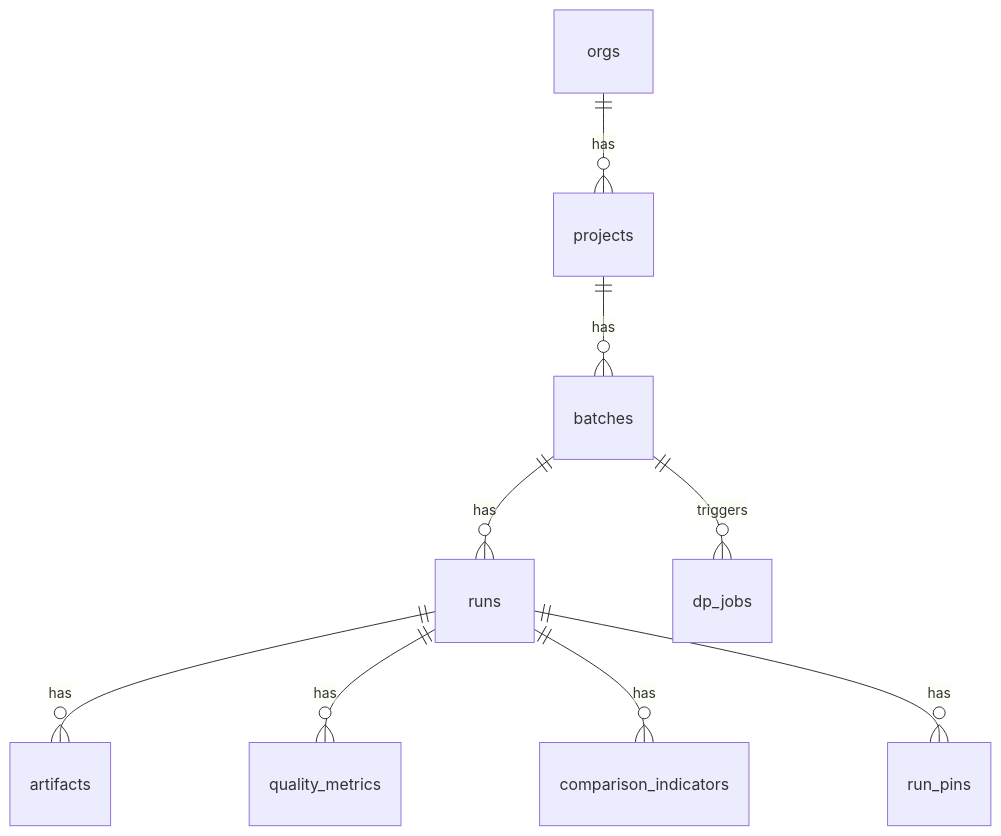
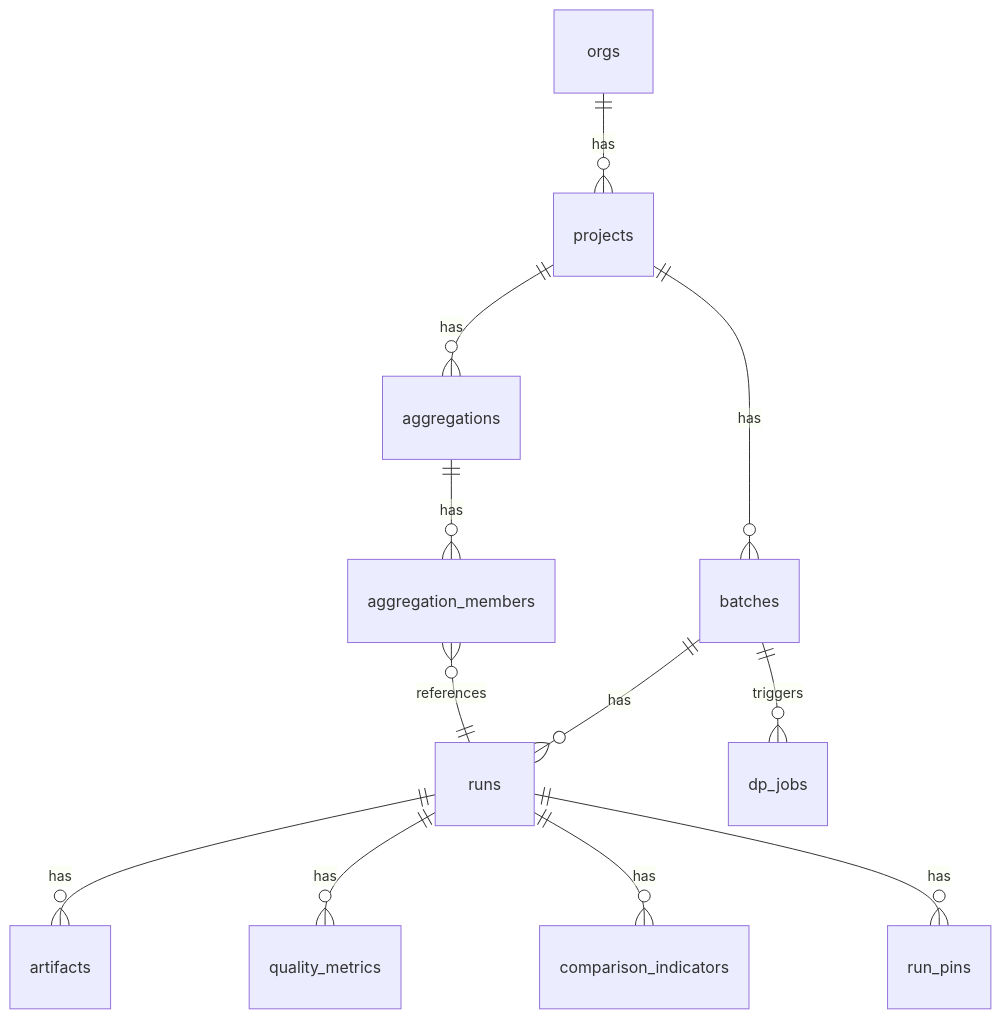
One commit to elda27/axion changed the diagram in docs/architectures/30_db_schema.md. Above: the diagram before and after it, drawn with Mermaid. The commit also changed other lines of this file and 336 other files, not shown here.

````diff
--- a/docs/architectures/30_db_schema.md
+++ b/docs/architectures/30_db_schema.md
@@ -160,11 +195,14 @@
 ```mermaid
 erDiagram
     orgs ||--o{ projects : has
     projects ||--o{ batches : has
+    projects ||--o{ aggregations : has
+    aggregations ||--o{ aggregation_members : has
+    aggregation_members }o--|| runs : references
     batches ||--o{ runs : has
     runs ||--o{ artifacts : has
     runs ||--o{ quality_metrics : has
     runs ||--o{ comparison_indicators : has
     runs ||--o{ run_pins : has
     batches ||--o{ dp_jobs : triggers
 ```
````
